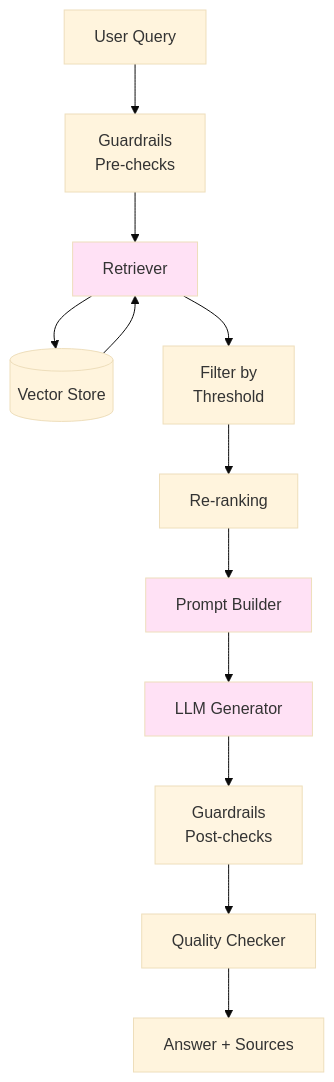
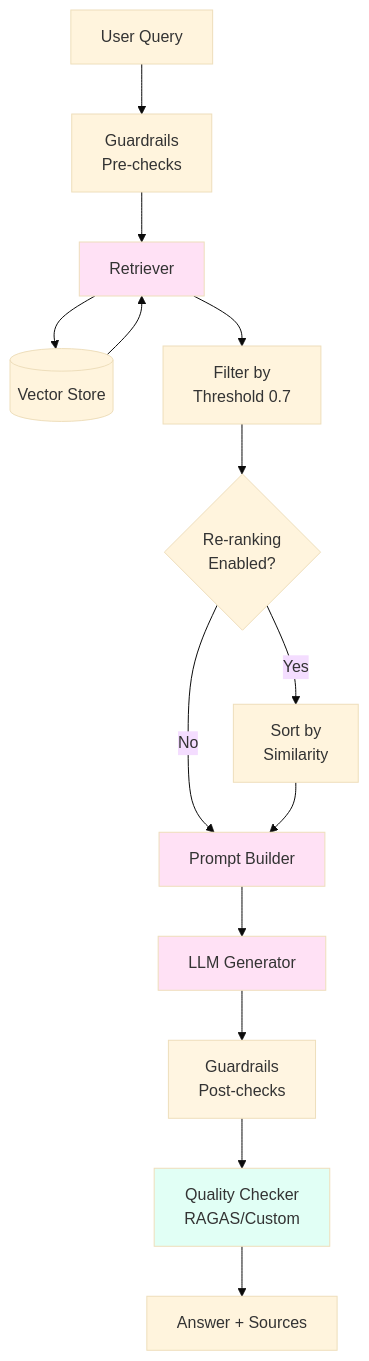
Before and after one commit to jaisris/LabAssist_AI: the third of 5 diagrams in README.md, drawn with Mermaid (base theme). The commit also changed other lines of this file and 15 other files, not shown here.

````diff
--- a/README.md
+++ b/README.md
@@ -151,19 +152,22 @@
 ```mermaid
 graph TB
     Q[User Query] --> G[Guardrails<br/>Pre-checks]
     G --> R[Retriever]
     R --> V[(Vector Store)]
     V --> R
-    R --> F[Filter by<br/>Threshold]
-    F --> RR[Re-ranking]
-    RR --> P[Prompt Builder]
+    R --> F[Filter by<br/>Threshold 0.7]
+    F --> RR{Re-ranking<br/>Enabled?}
+    RR -->|Yes| SR[Sort by<br/>Similarity]
+    RR -->|No| P[Prompt Builder]
+    SR --> P
     P --> L[LLM Generator]
     L --> G2[Guardrails<br/>Post-checks]
-    G2 --> QC[Quality Checker]
+    G2 --> QC[Quality Checker<br/>RAGAS/Custom]
     QC --> A[Answer + Sources]
     
     style R fill:#ffe1f5
     style P fill:#ffe1f5
     style L fill:#ffe1f5
     style G2 fill:#fff5e1
+    style QC fill:#e1fff5
 ```
````
